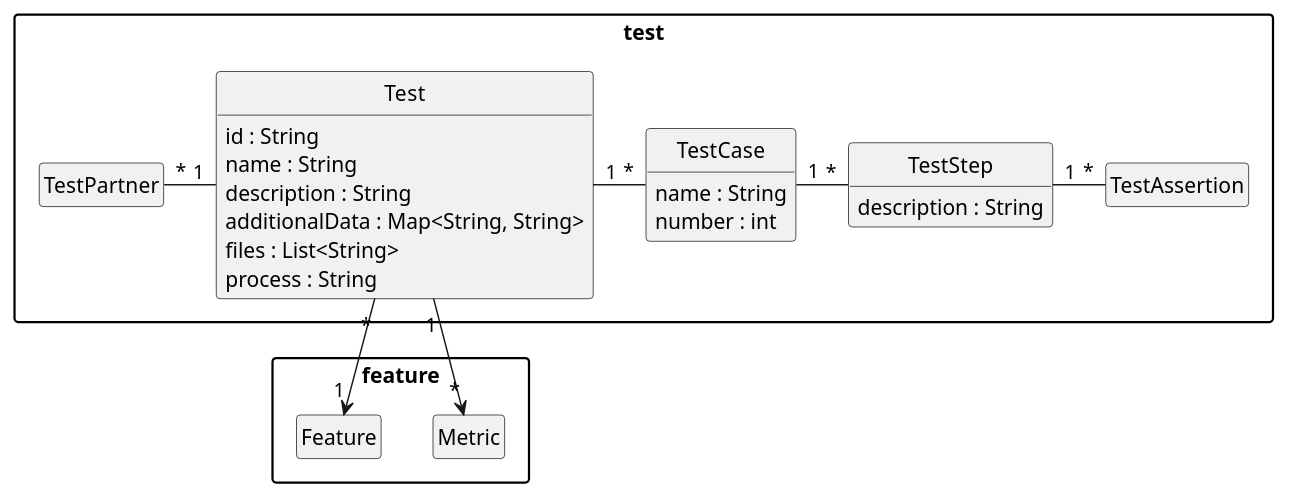
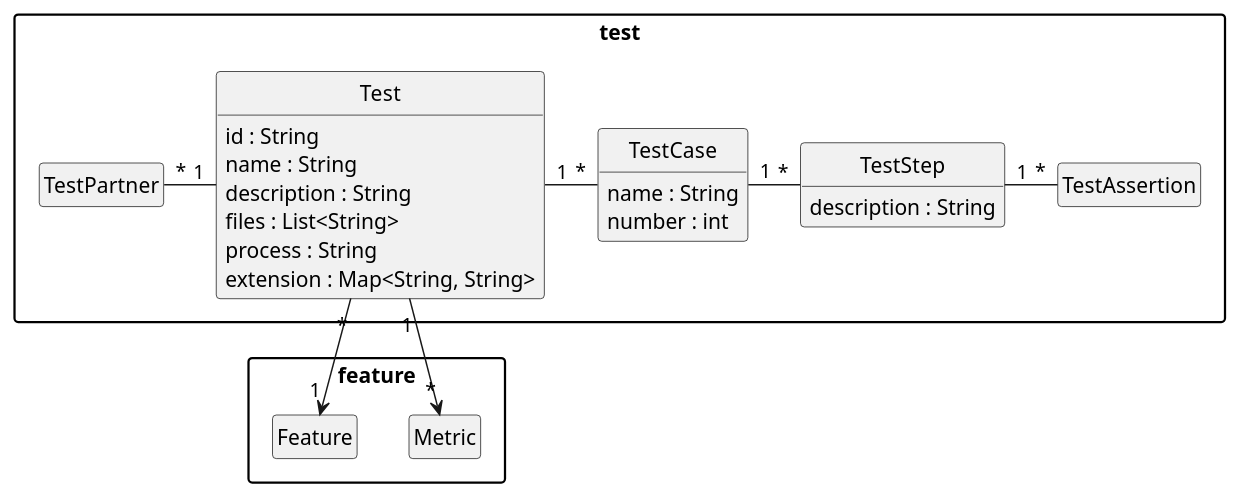
One commit to uniba-dsg/betsy changed the diagram in pebl/doc/benchmark-test.puml. Above: the diagram before and after it, drawn with PlantUML. The commit also changed 9 other files, not shown here.

Commit message:
Better diagrams.

```diff
--- a/pebl/doc/benchmark-test.puml
+++ b/pebl/doc/benchmark-test.puml
@@ -1,53 +1,52 @@
 @startuml
 package "feature" {
 
 	class Metric {
 	}
 
 	class Feature {
 	}
 
 }
 
 package "test" {
 
 	class Test {
 	  id : String
 	  name : String
 	  description : String
-	  additionalData : Map<String, String>
 	  files : List<String>
 	  process : String
-
+extension : Map<String, String>
 	}
 
 	class TestAssertion
 
 	class TestStep {
 	  description : String
 	}
 
 	class TestCase {
 	  name : String
 	  number : int
 	}
 
 	class TestPartner
 
 }
 
 Test "*" -down-> "1" Feature
 Test "1" -> "*" Metric
 Test "1" -left- "*" TestPartner
 Test "1" - "*" TestCase
 TestCase "1" - "*" TestStep
 TestStep "1" - "*" TestAssertion
 
 hide empty members
 hide empty methods
 hide circle
 
 skinparam monochrome true
 skinparam shadowing false
 skinparam packageStyle rect
 @enduml
```
